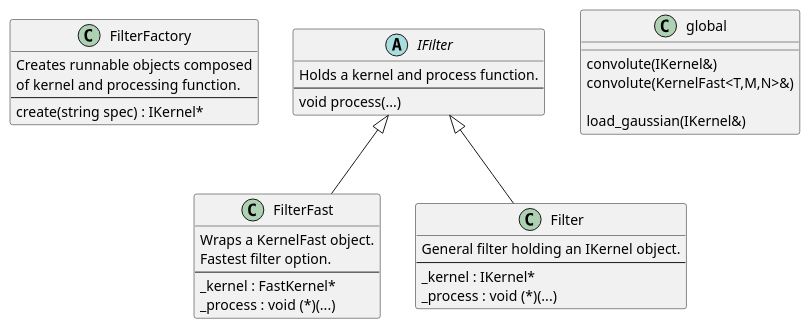
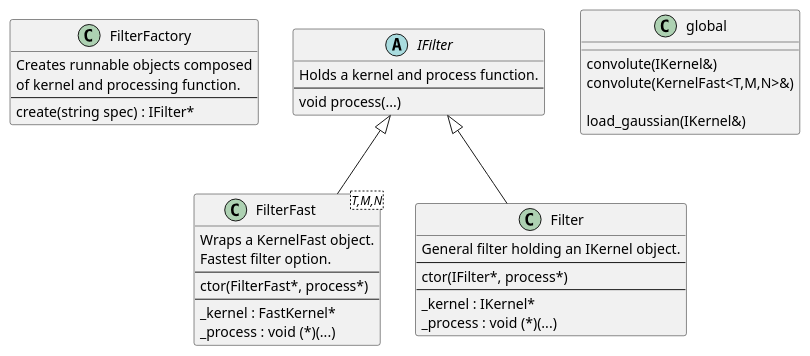
The diagram in doc/design/diagram/filter_factory.puml (ibpaul/workshop), drawn with PlantUML before and after one commit. The commit also changed 6 other files, not shown here.

```diff
--- a/doc/design/diagram/filter_factory.puml
+++ b/doc/design/diagram/filter_factory.puml
@@ -1,45 +1,49 @@
 @startuml
 
 class FilterFactory {
     Creates runnable objects composed
     of kernel and processing function.
     ---
-    create(string spec) : IKernel*
+    create(string spec) : IFilter*
 }
 
 abstract IFilter {
     Holds a kernel and process function.
     ---
     void process(...)
 }
 
-class FilterFast {
+class FilterFast<T,M,N> {
     Wraps a KernelFast object.
     Fastest filter option.
+    ---
+    ctor(FilterFast*, process*)
     ---
     {field} _kernel : FastKernel*
     {field} _process : void (*)(...)
 }
 
 class Filter {
     General filter holding an IKernel object.
+    ---
+    ctor(IFilter*, process*)
     ---
     {field} _kernel : IKernel*
     {field} _process : void (*)(...)
 }
 
 
 IFilter <|-- FilterFast
 IFilter <|-- Filter
 
 
 class global {
     convolute(IKernel&)
     convolute(KernelFast<T,M,N>&)
 
     load_gaussian(IKernel&)
 }
 
 
 
 @enduml
```
